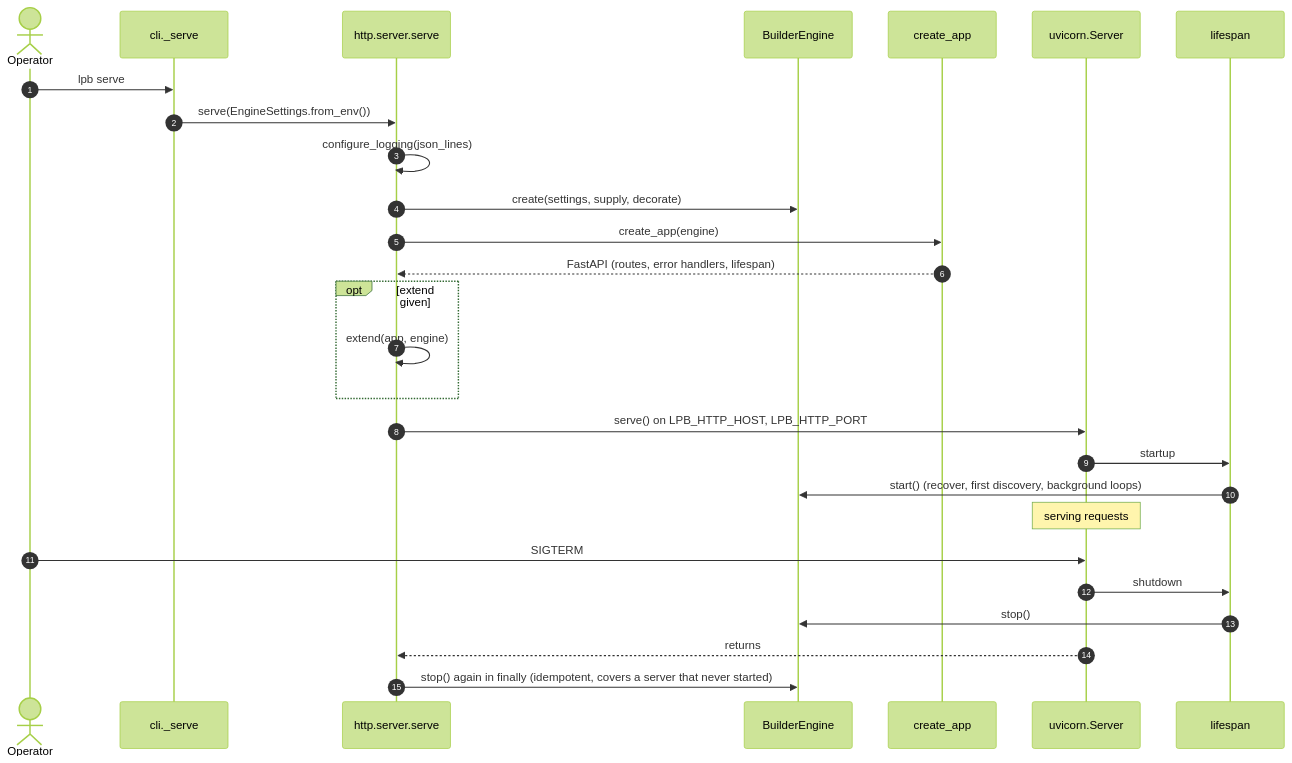
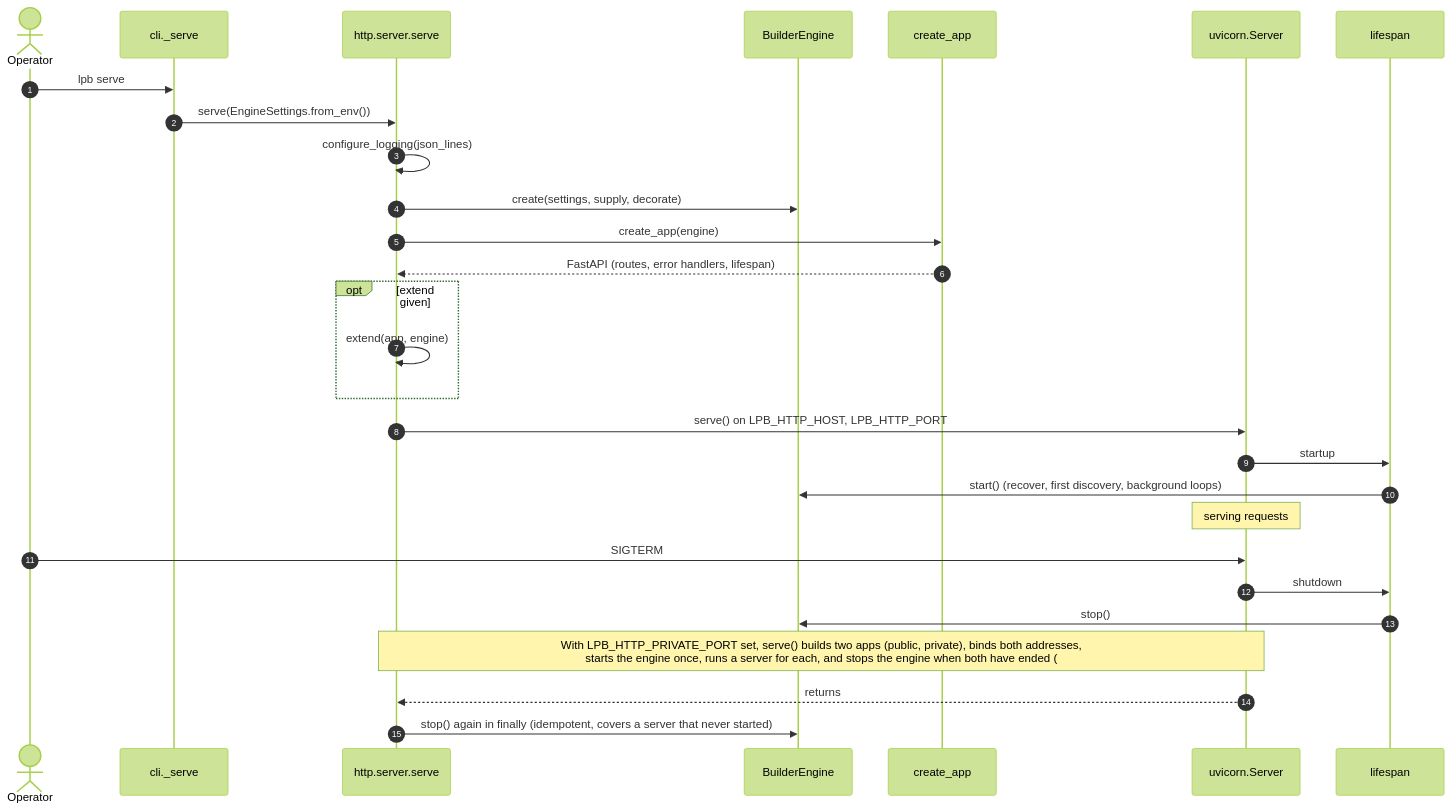
Diagram 14 of 16 in docs/design-docs/interfaces-and-http-servers.md (NE-Build-Track/livepeer-builder-core), drawn with Mermaid (forest theme) before and after one commit. The commit also changed other lines of this file and 14 other files, not shown here.

````diff
--- a/docs/design-docs/interfaces-and-http-servers.md
+++ b/docs/design-docs/interfaces-and-http-servers.md
@@ -920,29 +921,30 @@
 ```mermaid
 sequenceDiagram
     autonumber
     actor Op as Operator
     participant CLI as cli._serve
     participant Srv as http.server.serve
     participant BE as BuilderEngine
     participant App as create_app
     participant U as uvicorn.Server
     participant LS as lifespan
     Op->>CLI: lpb serve
     CLI->>Srv: serve(EngineSettings.from_env())
     Srv->>Srv: configure_logging(json_lines)
     Srv->>BE: create(settings, supply, decorate)
     Srv->>App: create_app(engine)
     App-->>Srv: FastAPI (routes, error handlers, lifespan)
     opt extend given
         Srv->>Srv: extend(app, engine)
     end
     Srv->>U: serve() on LPB_HTTP_HOST, LPB_HTTP_PORT
     U->>LS: startup
     LS->>BE: start() (recover, first discovery, background loops)
     Note over U: serving requests
     Op->>U: SIGTERM
     U->>LS: shutdown
     LS->>BE: stop()
+    Note over Srv,U: With LPB_HTTP_PRIVATE_PORT set, serve() builds two apps (public, private), binds both addresses,<br/>starts the engine once, runs a server for each, and stops the engine when both have ended (#167)
     U-->>Srv: returns
     Srv->>BE: stop() again in finally (idempotent, covers a server that never started)
 ```
````
